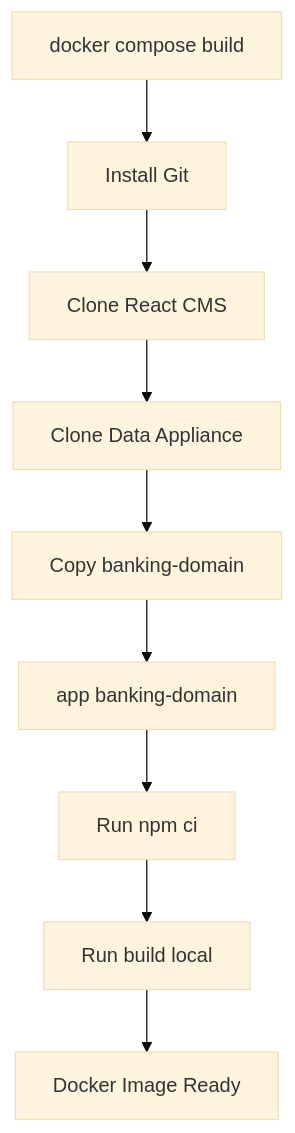
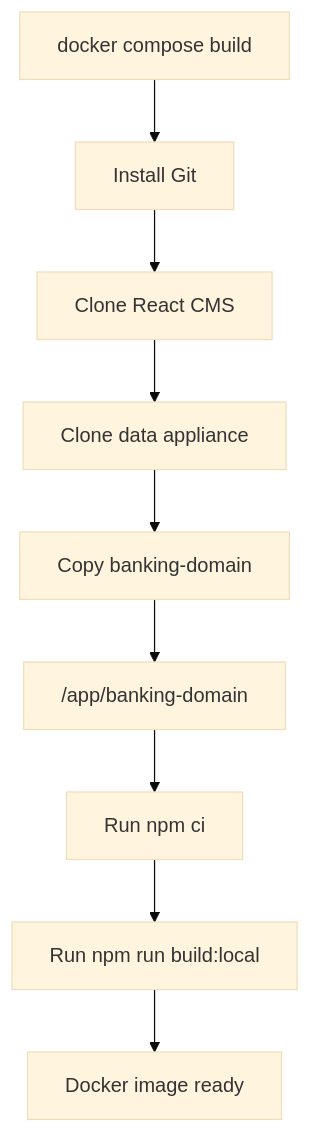
Before and after one commit to tinitiateprime/tinitiate-data-appliance: the fourth of 7 diagrams in banking-domain/banking_mermaid_shapes.md, drawn with Mermaid (base theme). The commit also changed other lines of this file and 3 other files, not shown here.

````diff
--- a/banking-domain/banking_mermaid_shapes.md
+++ b/banking-domain/banking_mermaid_shapes.md
@@ -100,18 +97,21 @@
 ```mermaid
 flowchart TD
+    A["docker compose build"]
+    B["Install Git"]
+    C["Clone React CMS"]
+    D["Clone data appliance"]
+    E["Copy banking-domain"]
+    F["/app/banking-domain"]
+    G["Run npm ci"]
+    H["Run npm run build:local"]
+    I["Docker image ready"]
 
-    A[docker compose build]
-
-    A --> B[Install Git]
-    B --> C[Clone React CMS]
-
-    C --> D[Clone Data Appliance]
-
-    D --> E[Copy banking-domain]
-    E --> F[app banking-domain]
-
-    F --> G[Run npm ci]
-    G --> H[Run build local]
-
-    H --> I[Docker Image Ready]
+    A --> B
+    B --> C
+    C --> D
+    D --> E
+    E --> F
+    F --> G
+    G --> H
+    H --> I
 ```
````
